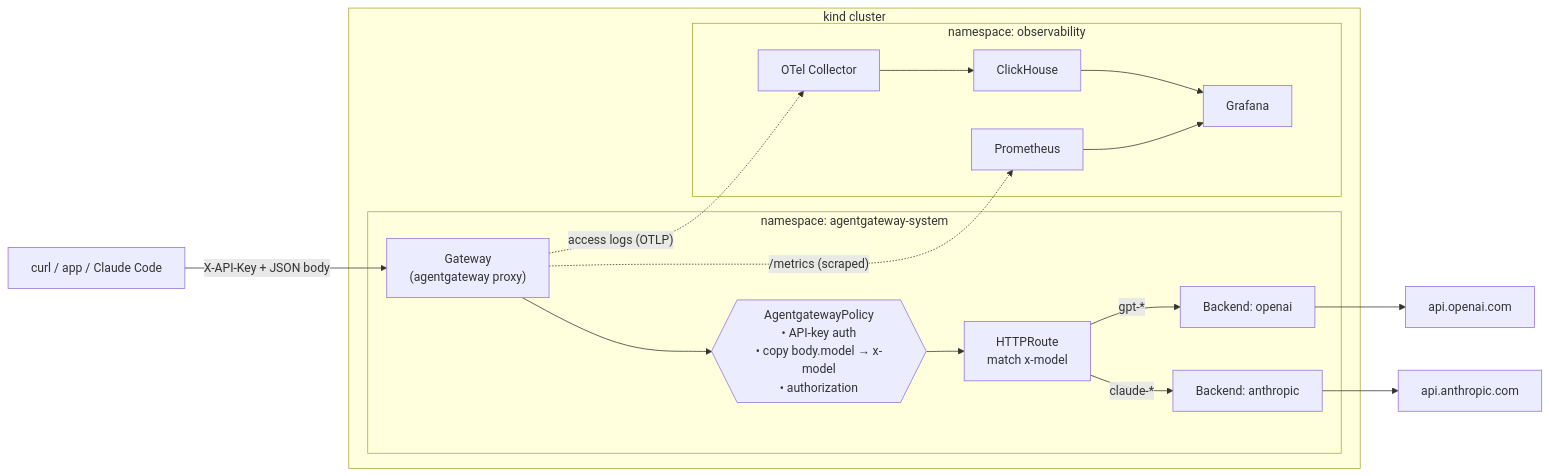
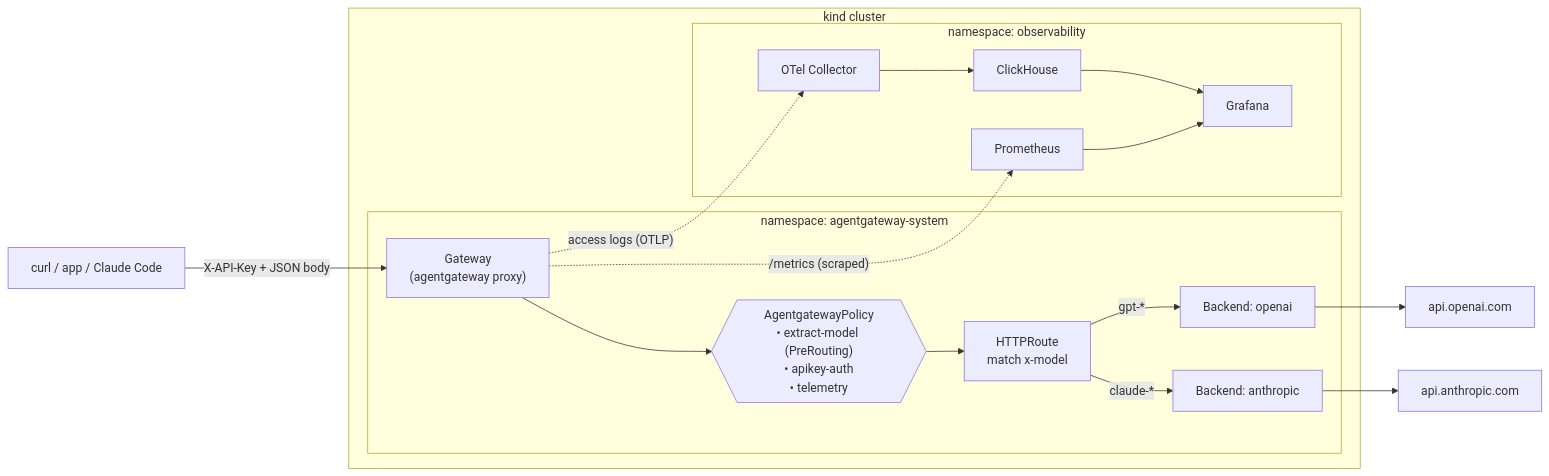
The diagram in README.md (Sodman/agw-k8s-demo), drawn with Mermaid before and after one commit. The commit also changed other lines of this file and 6 other files, not shown here.

````diff
--- a/README.md
+++ b/README.md
@@ -25,24 +25,24 @@
 ```mermaid
 flowchart LR
     dev["curl / app / Claude Code"] -->|"X-API-Key + JSON body"| gw
 
     subgraph cluster["kind cluster"]
       subgraph agw["namespace: agentgateway-system"]
         gw["Gateway<br/>(agentgateway proxy)"]
-        gw --> pol{{"AgentgatewayPolicy<br/>• API-key auth<br/>• copy body.model → x-model<br/>• authorization"}}
+        gw --> pol{{"AgentgatewayPolicy<br/>• extract-model (PreRouting)<br/>• apikey-auth<br/>• telemetry"}}
         pol --> rt["HTTPRoute<br/>match x-model"]
         rt -->|"gpt-*"| be1["Backend: openai"]
         rt -->|"claude-*"| be2["Backend: anthropic"]
       end
       subgraph obs["namespace: observability"]
         prom["Prometheus"] --> graf["Grafana"]
         ch["ClickHouse"] --> graf
         otel["OTel Collector"] --> ch
       end
       gw -. "/metrics (scraped)" .-> prom
       gw -. "access logs (OTLP)" .-> otel
     end
 
     be1 --> openai["api.openai.com"]
     be2 --> anthropic["api.anthropic.com"]
 ```
````
